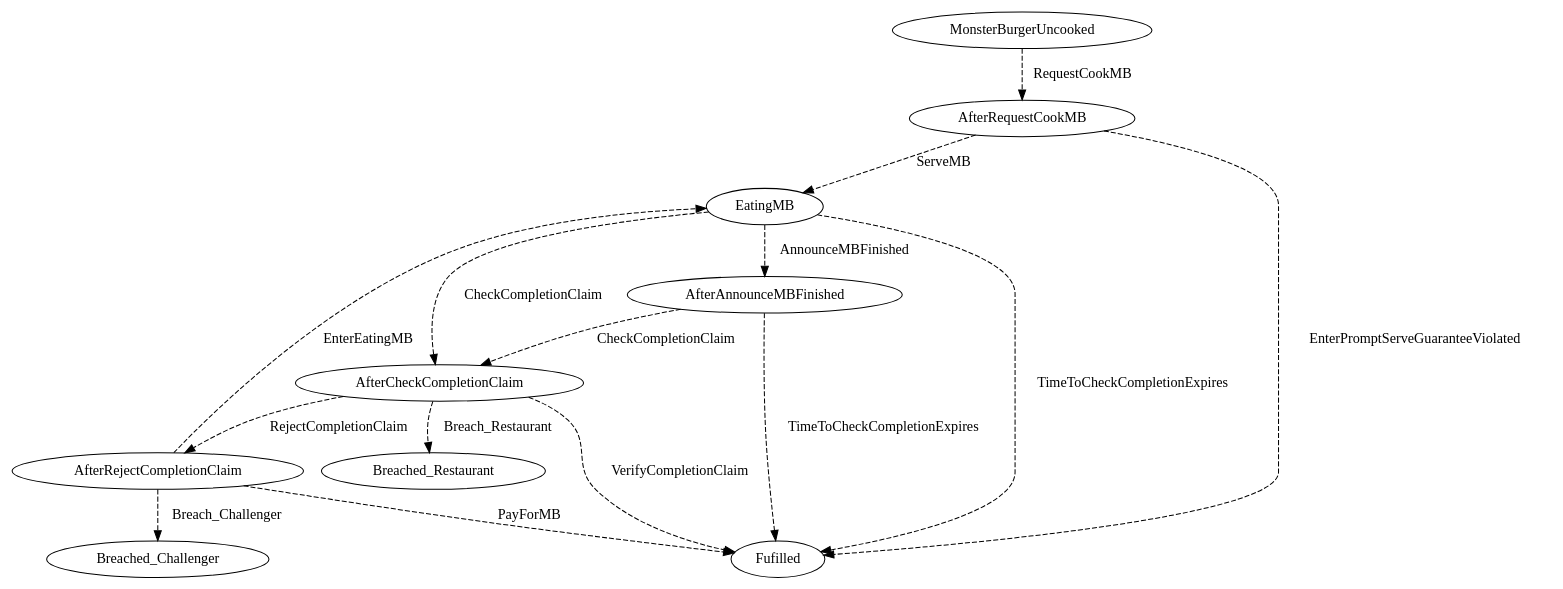
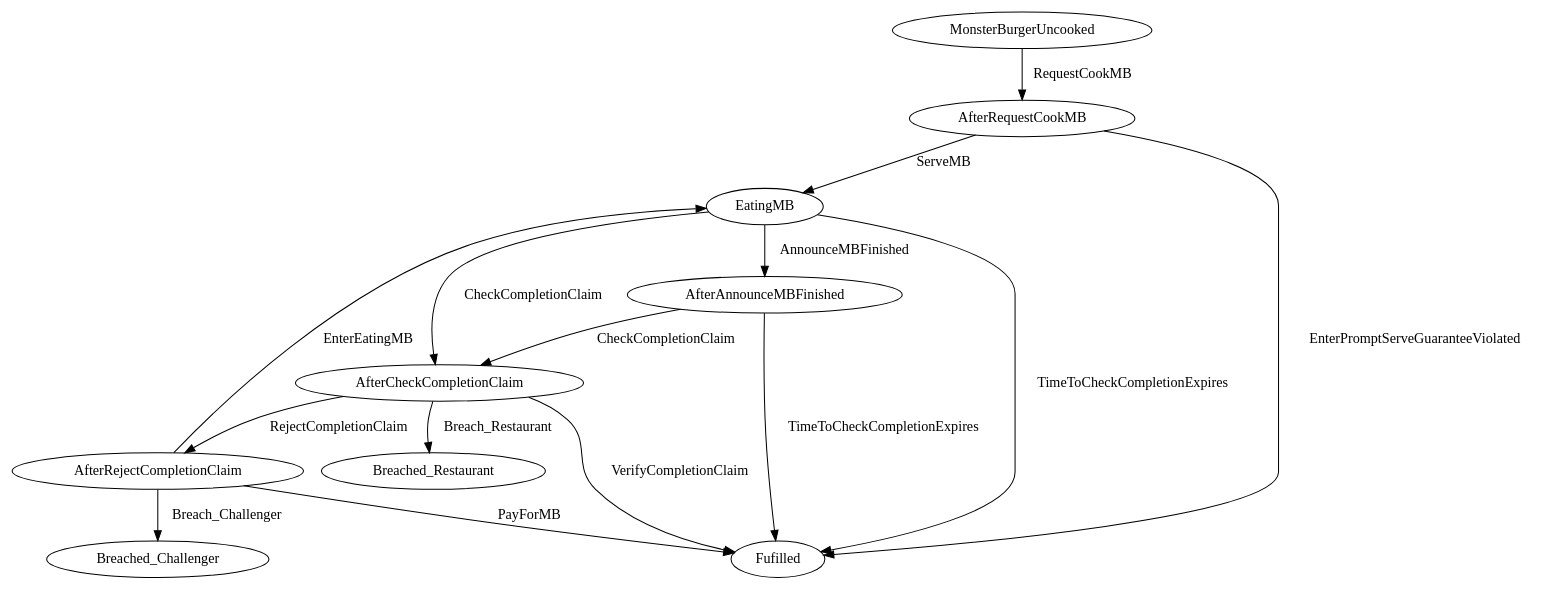
The diagram in linear_state_machine_language/pyL4/examples/out_graphviz/toy_and_teaching/monster_burger_program_only.dot (Marcao02/complaw-deeptech), drawn with Graphviz before and after one commit. The commit also changed 42 other files, not shown here.

Commit message:
optional effective path length bound in goodenough/flood example. solid not dashed lines in graphviz output.

```diff
--- a/linear_state_machine_language/pyL4/examples/out_graphviz/toy_and_teaching/monster_burger_program_only.dot
+++ b/linear_state_machine_language/pyL4/examples/out_graphviz/toy_and_teaching/monster_burger_program_only.dot
@@ -1,31 +1,31 @@
 // THIS IS A GENERATED FILE. DO NOT EDIT.
 
 digraph Monster_Burger {    
     Fulfilled[label=Fufilled];
     MonsterBurgerUncooked[label=MonsterBurgerUncooked];
 	EatingMB[label=EatingMB]
         
     
          
     
     
     
     
-    MonsterBurgerUncooked -> AfterRequestCookMB [style=dashed,label=RequestCookMB];
-	AfterRequestCookMB -> EatingMB [style=dashed,label=ServeMB];
-	AfterRequestCookMB -> Fulfilled [style=dashed,label=EnterPromptServeGuaranteeViolated];
-	EatingMB -> AfterAnnounceMBFinished [style=dashed,label=AnnounceMBFinished];
-	EatingMB -> AfterCheckCompletionClaim [style=dashed,label=CheckCompletionClaim];
-	EatingMB -> Fulfilled [style=dashed,label=TimeToCheckCompletionExpires];
-	AfterAnnounceMBFinished -> AfterCheckCompletionClaim [style=dashed,label=CheckCompletionClaim];
-	AfterAnnounceMBFinished -> Fulfilled [style=dashed,label=TimeToCheckCompletionExpires];
-	AfterCheckCompletionClaim -> Fulfilled [style=dashed,label=VerifyCompletionClaim];
-	AfterCheckCompletionClaim -> AfterRejectCompletionClaim [style=dashed,label=RejectCompletionClaim];
-	AfterCheckCompletionClaim -> Breached_Restaurant [style=dashed,label=Breach_Restaurant];
-	AfterRejectCompletionClaim -> EatingMB [style=dashed,label=EnterEatingMB];
-	AfterRejectCompletionClaim -> Fulfilled [style=dashed,label=PayForMB];
-	AfterRejectCompletionClaim -> Breached_Challenger [style=dashed,label=Breach_Challenger];
+    MonsterBurgerUncooked -> AfterRequestCookMB [label=RequestCookMB];
+	AfterRequestCookMB -> EatingMB [label=ServeMB];
+	AfterRequestCookMB -> Fulfilled [label=EnterPromptServeGuaranteeViolated];
+	EatingMB -> AfterAnnounceMBFinished [label=AnnounceMBFinished];
+	EatingMB -> AfterCheckCompletionClaim [label=CheckCompletionClaim];
+	EatingMB -> Fulfilled [label=TimeToCheckCompletionExpires];
+	AfterAnnounceMBFinished -> AfterCheckCompletionClaim [label=CheckCompletionClaim];
+	AfterAnnounceMBFinished -> Fulfilled [label=TimeToCheckCompletionExpires];
+	AfterCheckCompletionClaim -> Fulfilled [label=VerifyCompletionClaim];
+	AfterCheckCompletionClaim -> AfterRejectCompletionClaim [label=RejectCompletionClaim];
+	AfterCheckCompletionClaim -> Breached_Restaurant [label=Breach_Restaurant];
+	AfterRejectCompletionClaim -> EatingMB [label=EnterEatingMB];
+	AfterRejectCompletionClaim -> Fulfilled [label=PayForMB];
+	AfterRejectCompletionClaim -> Breached_Challenger [label=Breach_Challenger];
 	     
     
        
 }
```
